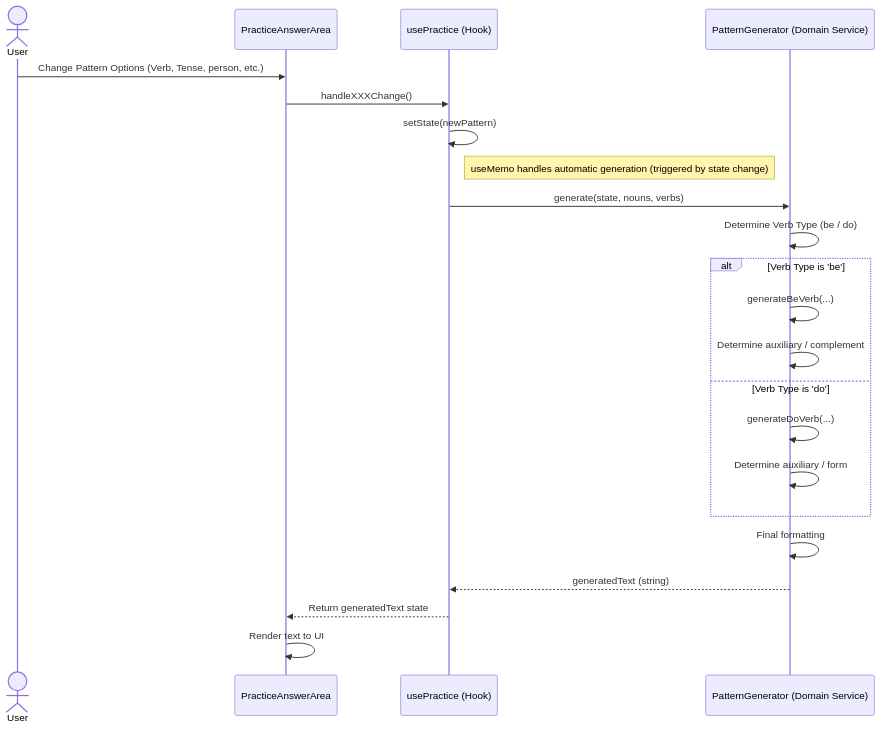
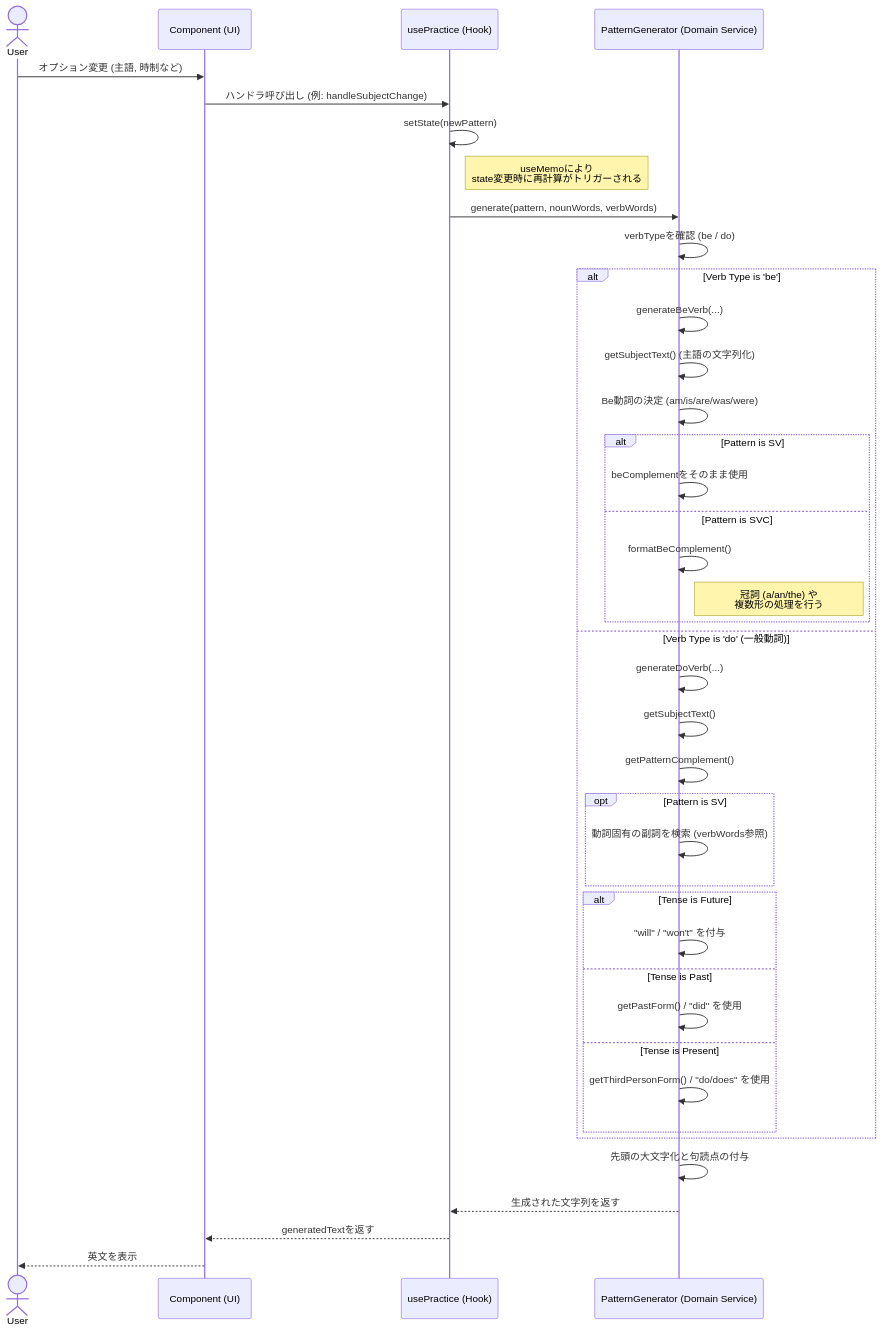
The diagram in docs/sequence-diagrams/practices/generatePattern.md (kayamak/grid9-english), drawn with Mermaid before and after one commit. The commit also changed other lines of this file and 4 other files, not shown here.

Commit message:
シーケンス図の整理

````diff
--- a/docs/sequence-diagrams/practices/generatePattern.md
+++ b/docs/sequence-diagrams/practices/generatePattern.md
@@ -3,31 +5,53 @@
 ```mermaid
 sequenceDiagram
     actor User
-    participant Page as PracticeAnswerArea
+    participant Page as Component (UI)
     participant Hook as usePractice (Hook)
     participant Service as PatternGenerator (Domain Service)
 
-    User->>Page: Change Pattern Options (Verb, Tense, person, etc.)
-    Page->>Hook: handleXXXChange()
+    User->>Page: オプション変更 (主語, 時制など)
+    Page->>Hook: ハンドラ呼び出し (例: handleSubjectChange)
     Hook->>Hook: setState(newPattern)
+
+    Note right of Hook: useMemoにより<br/>state変更時に再計算がトリガーされる
+
+    Hook->>Service: generate(pattern, nounWords, verbWords)
     
-    Note right of Hook: useMemo handles automatic generation (triggered by state change)
-    
-    Hook->>Service: generate(state, nouns, verbs)
-    
-    Service->>Service: Determine Verb Type (be / do)
+    Service->>Service: verbTypeを確認 (be / do)
     
     alt Verb Type is 'be'
         Service->>Service: generateBeVerb(...)
-        Service->>Service: Determine auxiliary / complement
-    else Verb Type is 'do'
+        Service->>Service: getSubjectText() (主語の文字列化)
+        Service->>Service: Be動詞の決定 (am/is/are/was/were)
+        
+        alt Pattern is SV
+            Service->>Service: beComplementをそのまま使用
+        else Pattern is SVC
+             Service->>Service: formatBeComplement()
+             Note right of Service: 冠詞 (a/an/the) や<br/>複数形の処理を行う
+        end
+
+    else Verb Type is 'do' (一般動詞)
         Service->>Service: generateDoVerb(...)
-        Service->>Service: Determine auxiliary / form
+        Service->>Service: getSubjectText()
+        Service->>Service: getPatternComplement()
+        
+        opt Pattern is SV
+             Service->>Service: 動詞固有の副詞を検索 (verbWords参照)
+        end
+
+        alt Tense is Future
+            Service->>Service: "will" / "won't" を付与
+        else Tense is Past
+            Service->>Service: getPastForm() / "did" を使用
+        else Tense is Present
+            Service->>Service: getThirdPersonForm() / "do/does" を使用
+        end
     end
     
-    Service->>Service: Final formatting
-    Service-->>Hook: generatedText (string)
+    Service->>Service: 先頭の大文字化と句読点の付与
+    Service-->>Hook: 生成された文字列を返す
     
-    Hook-->>Page: Return generatedText state
-    Page->>Page: Render text to UI
+    Hook-->>Page: generatedTextを返す
+    Page-->>User: 英文を表示
 ```
````
